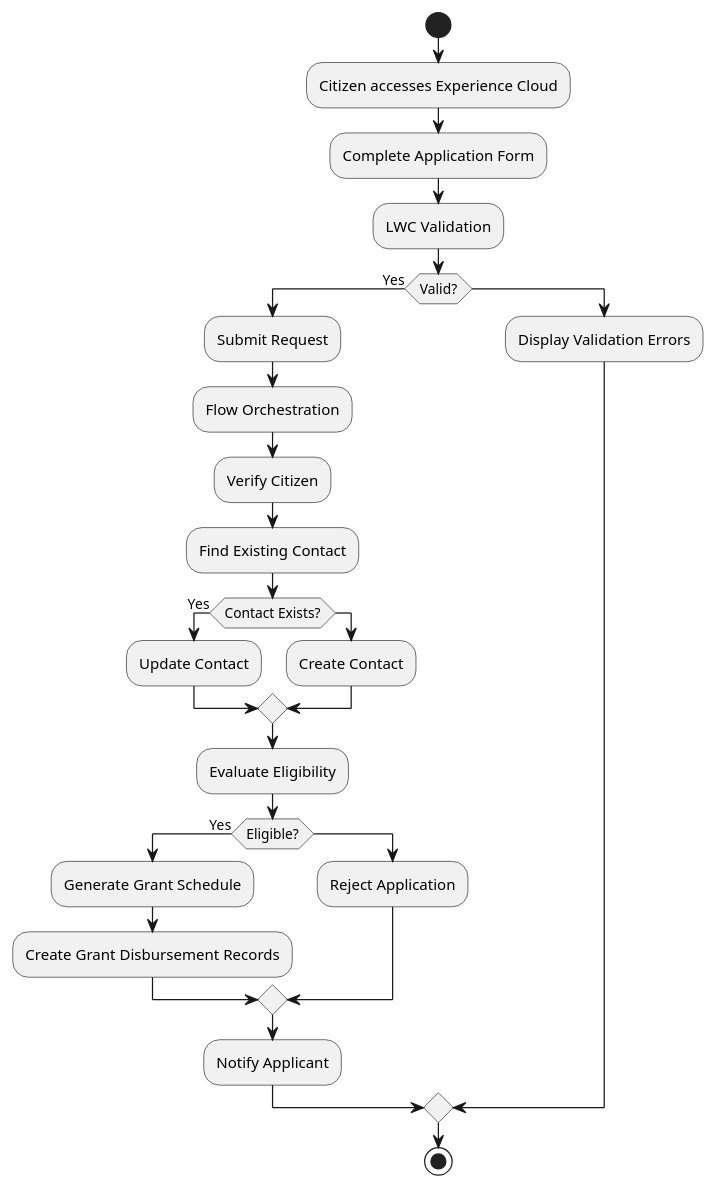
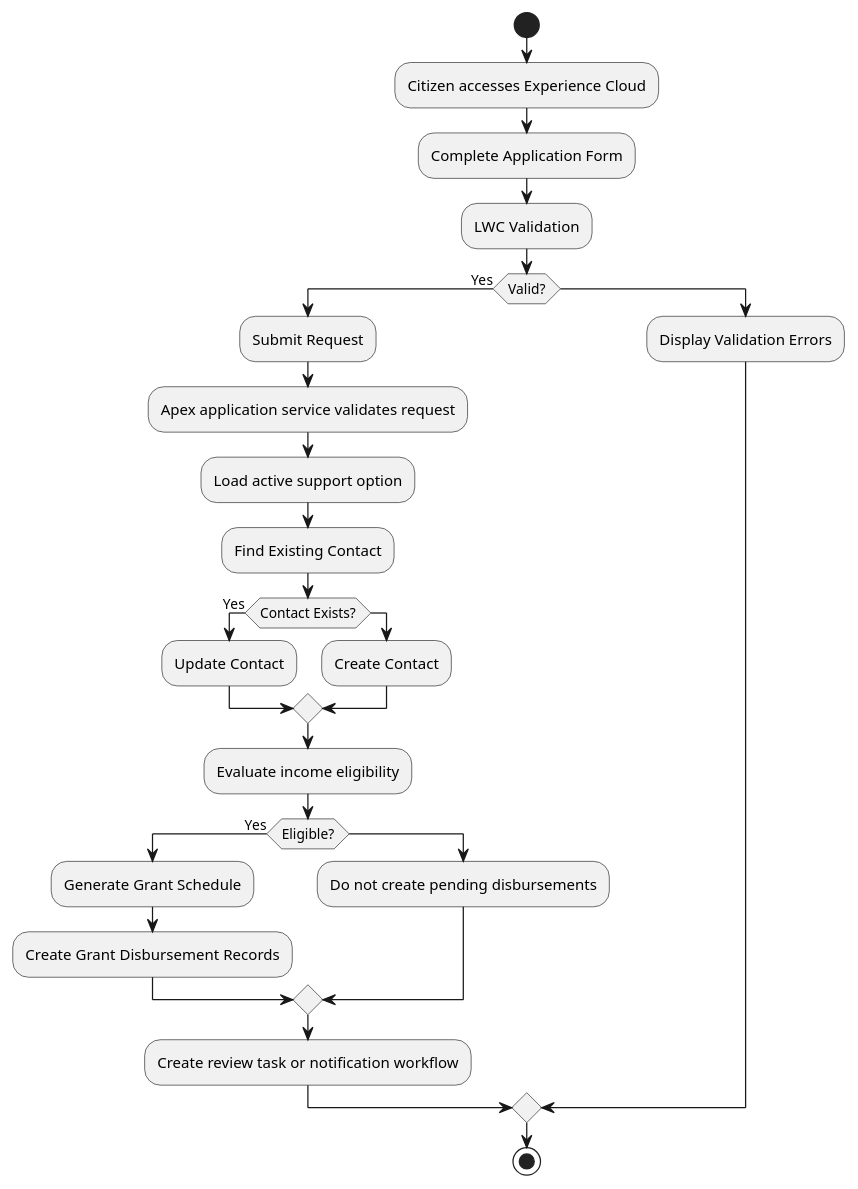
The diagram in doc/1.8 Business Flow.puml (jimmytobing/virtusa), drawn with PlantUML before and after one commit. The commit also changed 16 other files, not shown here.

```diff
--- a/doc/1.8 Business Flow.puml
+++ b/doc/1.8 Business Flow.puml
@@ -1,55 +1,55 @@
 @startuml
 
 start
 
 :Citizen accesses Experience Cloud;
 
 :Complete Application Form;
 
 :LWC Validation;
 
 if (Valid?) then (Yes)
 
 :Submit Request;
 
-:Flow Orchestration;
+:Apex application service validates request;
 
-:Verify Citizen;
+:Load active support option;
 
 :Find Existing Contact;
 
 if (Contact Exists?) then (Yes)
 
 :Update Contact;
 
 else
 
 :Create Contact;
 
 endif
 
-:Evaluate Eligibility;
+:Evaluate income eligibility;
 
 if (Eligible?) then (Yes)
 
 :Generate Grant Schedule;
 
 :Create Grant Disbursement Records;
 
 else
 
-:Reject Application;
+:Do not create pending disbursements;
 
 endif
 
-:Notify Applicant;
+:Create review task or notification workflow;
 
 else
 
 :Display Validation Errors;
 
 endif
 
 stop
 
 @enduml
```
